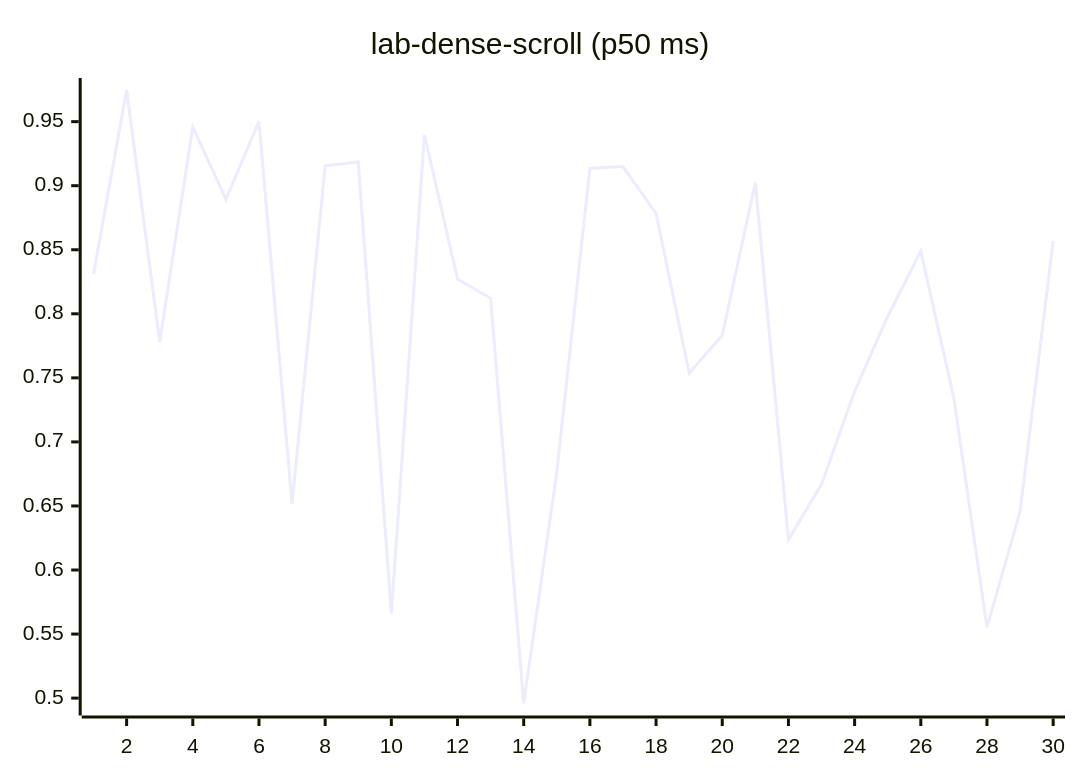
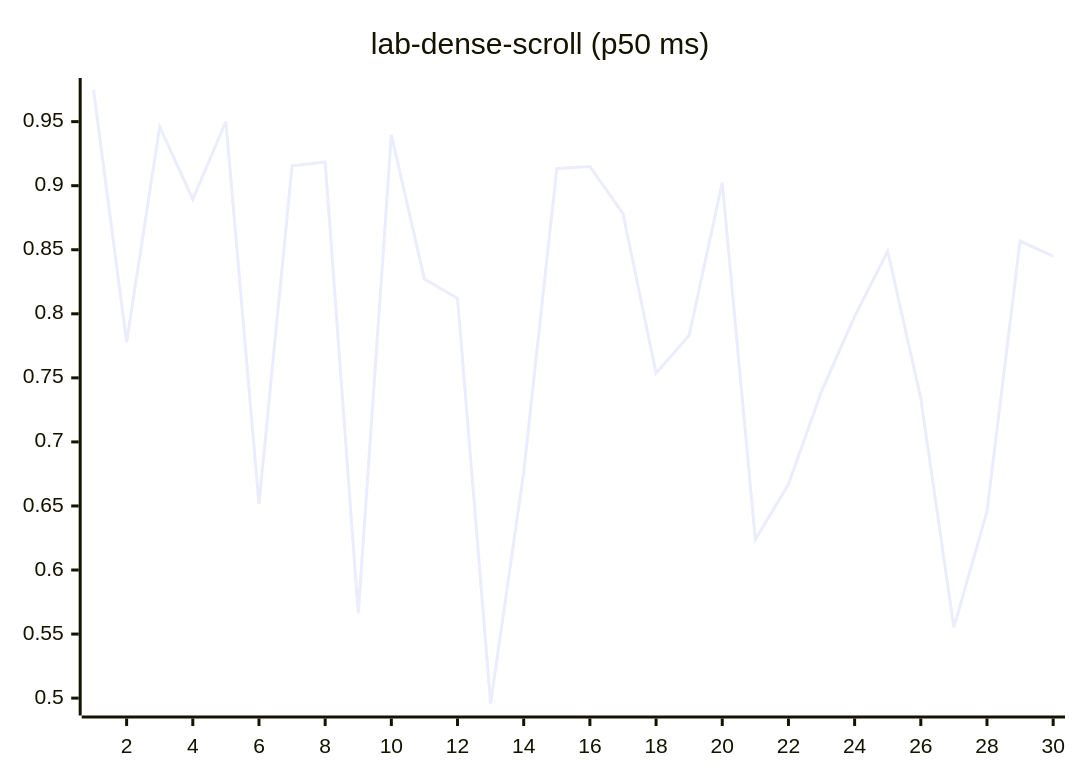
Diagram 12 of 27 in README.md (josha/Facet), drawn with Mermaid before and after one commit. The commit also changed other lines of this file and 2 other files, not shown here.

````diff
--- a/README.md
+++ b/README.md
@@ -140,6 +140,6 @@
 ```mermaid
 xychart-beta
     title "lab-dense-scroll (p50 ms)"
     x-axis 1 --> 30
-    line [0.8310, 0.9747, 0.7780, 0.9459, 0.8894, 0.9501, 0.6514, 0.9155, 0.9185, 0.5661, 0.9396, 0.8271, 0.8121, 0.4958, 0.6764, 0.9135, 0.9149, 0.8783, 0.7537, 0.7833, 0.9024, 0.6238, 0.6669, 0.7395, 0.7979, 0.8489, 0.7339, 0.5552, 0.6458, 0.8568]
+    line [0.9747, 0.7780, 0.9459, 0.8894, 0.9501, 0.6514, 0.9155, 0.9185, 0.5661, 0.9396, 0.8271, 0.8121, 0.4958, 0.6764, 0.9135, 0.9149, 0.8783, 0.7537, 0.7833, 0.9024, 0.6238, 0.6669, 0.7395, 0.7979, 0.8489, 0.7339, 0.5552, 0.6458, 0.8568, 0.8450]
 ```
````
